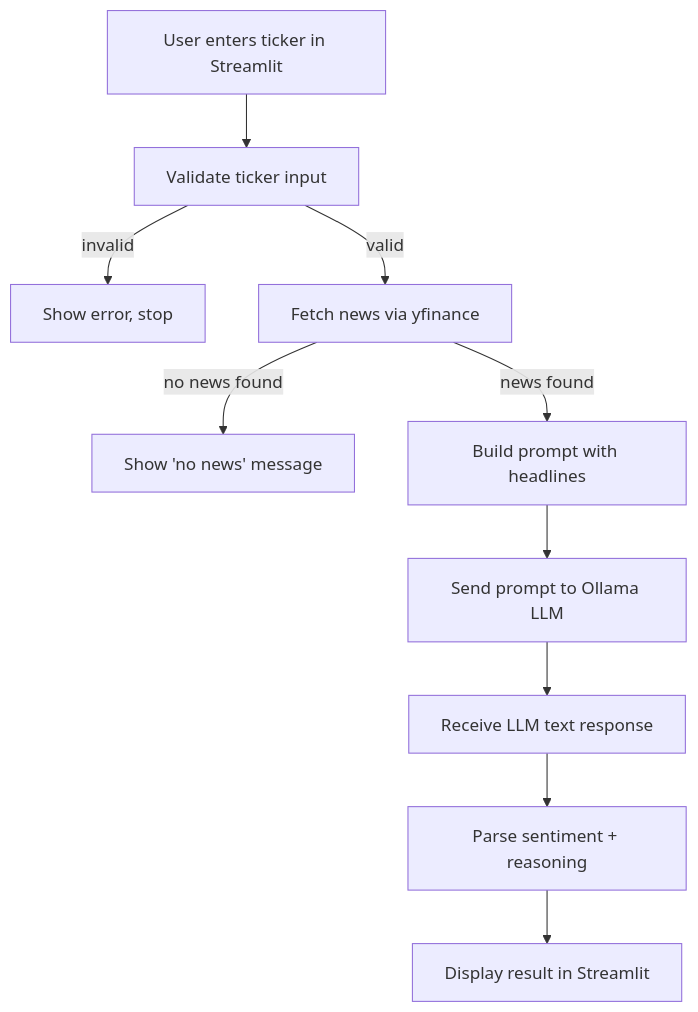
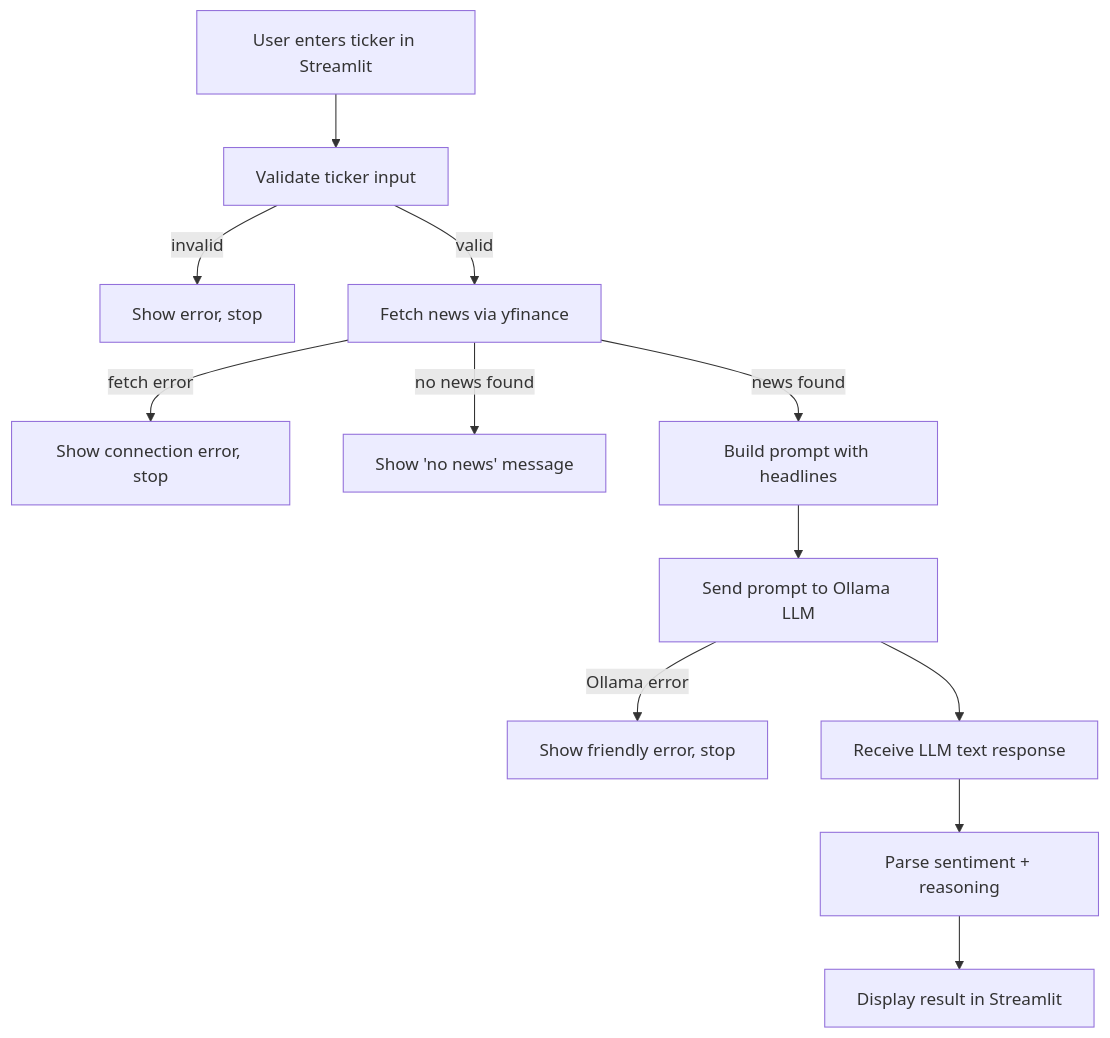
The diagram in README.md (VidhyaDivakar/stock-sentiment-analyst), drawn with Mermaid before and after one commit. The commit also changed other lines of this file and 6 other files, not shown here.

````diff
--- a/README.md
+++ b/README.md
@@ -32,12 +50,14 @@
 ```mermaid
 flowchart TD
     A[User enters ticker in Streamlit] --> B[Validate ticker input]
     B -->|invalid| B1[Show error, stop]
     B -->|valid| C[Fetch news via yfinance]
+    C -->|fetch error| C2[Show connection error, stop]
     C -->|no news found| C1[Show 'no news' message]
     C -->|news found| D[Build prompt with headlines]
     D --> E[Send prompt to Ollama LLM]
+    E -->|Ollama error| E1[Show friendly error, stop]
     E --> F[Receive LLM text response]
     F --> G[Parse sentiment + reasoning]
     G --> H[Display result in Streamlit]
 ```
````
